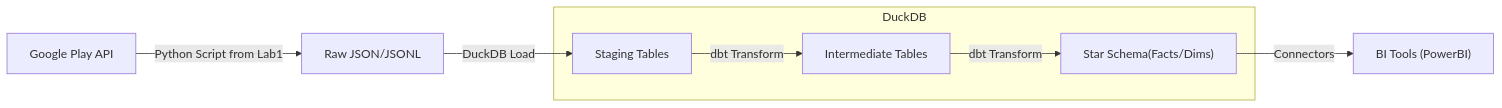
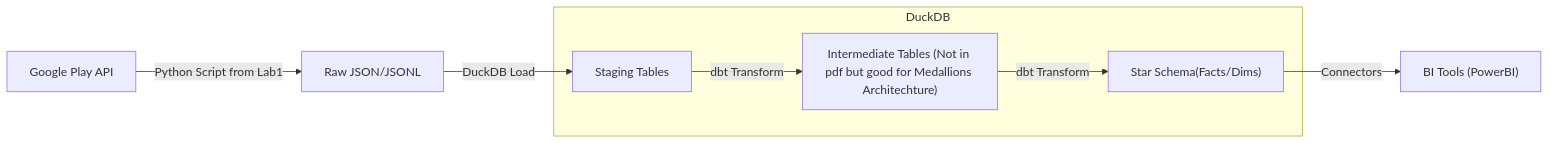
One commit to OUANZOUGUIAbdelhak/DATA-ENGINEERING-LAB-PROJECT changed the diagram in Lab2/README.md. Above: the diagram before and after it, drawn with Mermaid. The commit also changed other lines of this file and 2 other files, not shown here.

````diff
--- a/Lab2/README.md
+++ b/Lab2/README.md
@@ -4,15 +4,15 @@
 ```mermaid
 graph LR
     API["Google Play API"] -->|Python Script from Lab1| RawFiles["Raw JSON/JSONL"]
     RawFiles -->|DuckDB Load| Bronze["Staging Tables"]
-    Bronze -->|dbt Transform| Silver["Intermediate Tables"]
+    Bronze -->|dbt Transform| Silver["Intermediate Tables (Not in pdf but good for Medallions Architechture)"]
     Silver -->|dbt Transform| Gold["Star Schema(Facts/Dims)"]
     Gold -->|Connectors| BI["BI Tools (PowerBI)"]
     
     subgraph DuckDB
         Bronze
         Silver
         Gold
     end
 
 ```
````
